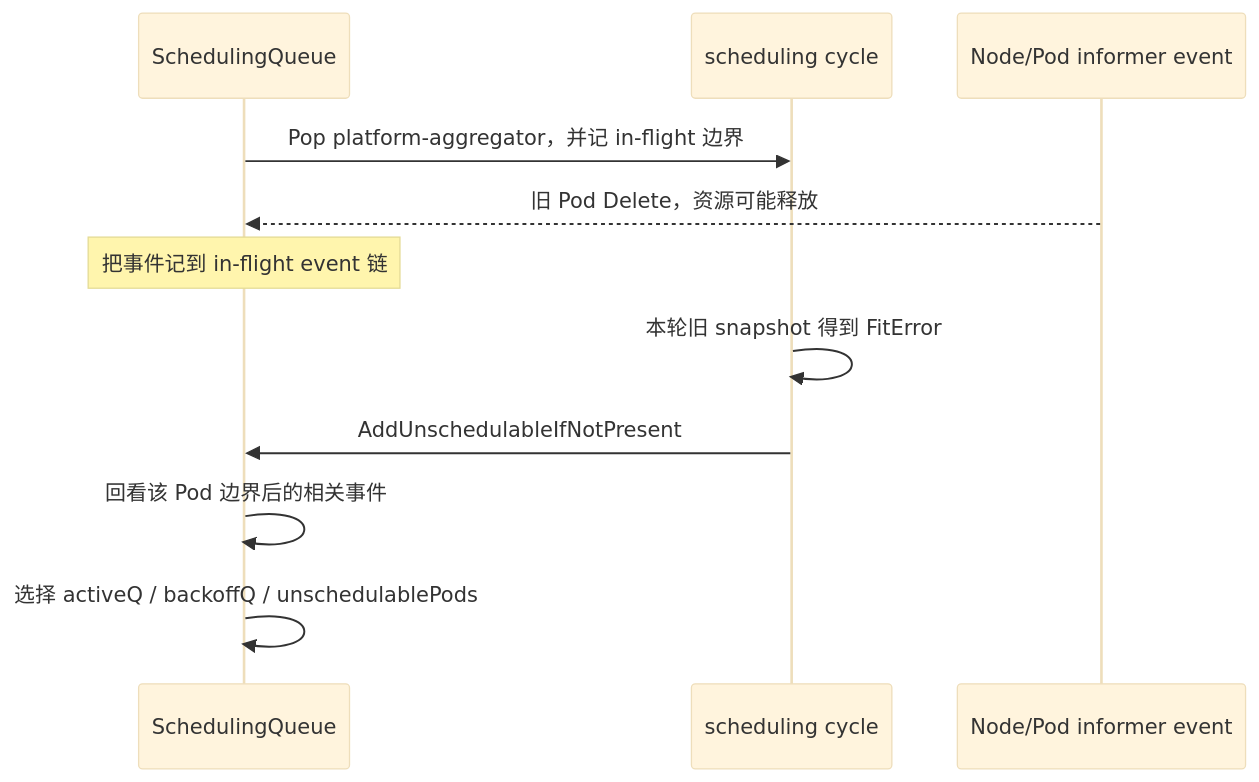
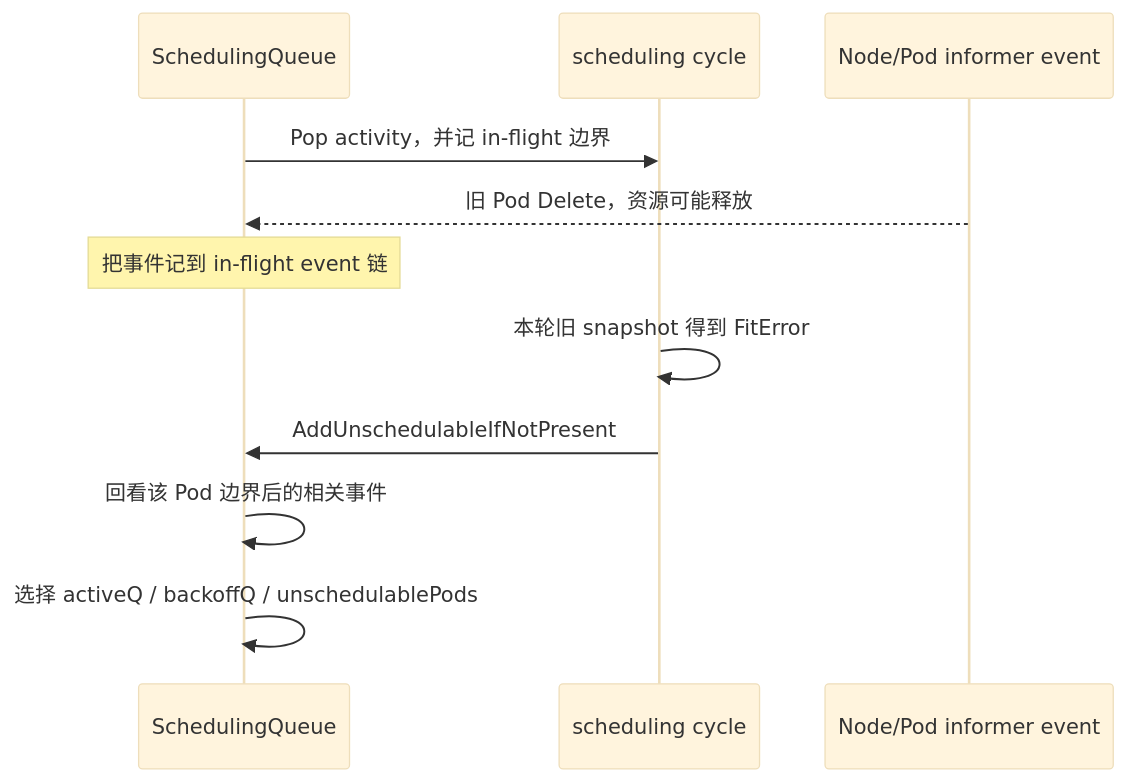
One commit to zz-datou/k8s_plat_gpu changed the eighth of 18 diagrams in 07_正式学习讲义/专题/01_Kubernetes_Scheduler从生产实战到业务平台_GPU与源码全景_新手独立讲义.md. Above: the diagram before and after it, drawn with Mermaid (base theme). The commit also changed other lines of this file, not shown here.

````diff
--- a/07_正式学习讲义/专题/01_Kubernetes_Scheduler从生产实战到业务平台_GPU与源码全景_新手独立讲义.md
+++ b/07_正式学习讲义/专题/01_Kubernetes_Scheduler从生产实战到业务平台_GPU与源码全景_新手独立讲义.md
@@ -2241,14 +2169,14 @@
 ```mermaid
 sequenceDiagram
     participant Q as SchedulingQueue
     participant S as scheduling cycle
     participant E as Node/Pod informer event
 
-    Q->>S: Pop platform-aggregator，并记 in-flight 边界
+    Q->>S: Pop activity，并记 in-flight 边界
     E-->>Q: 旧 Pod Delete，资源可能释放
     Note over Q: 把事件记到 in-flight event 链
     S->>S: 本轮旧 snapshot 得到 FitError
     S->>Q: AddUnschedulableIfNotPresent
     Q->>Q: 回看该 Pod 边界后的相关事件
     Q->>Q: 选择 activeQ / backoffQ / unschedulablePods
 ```
````
